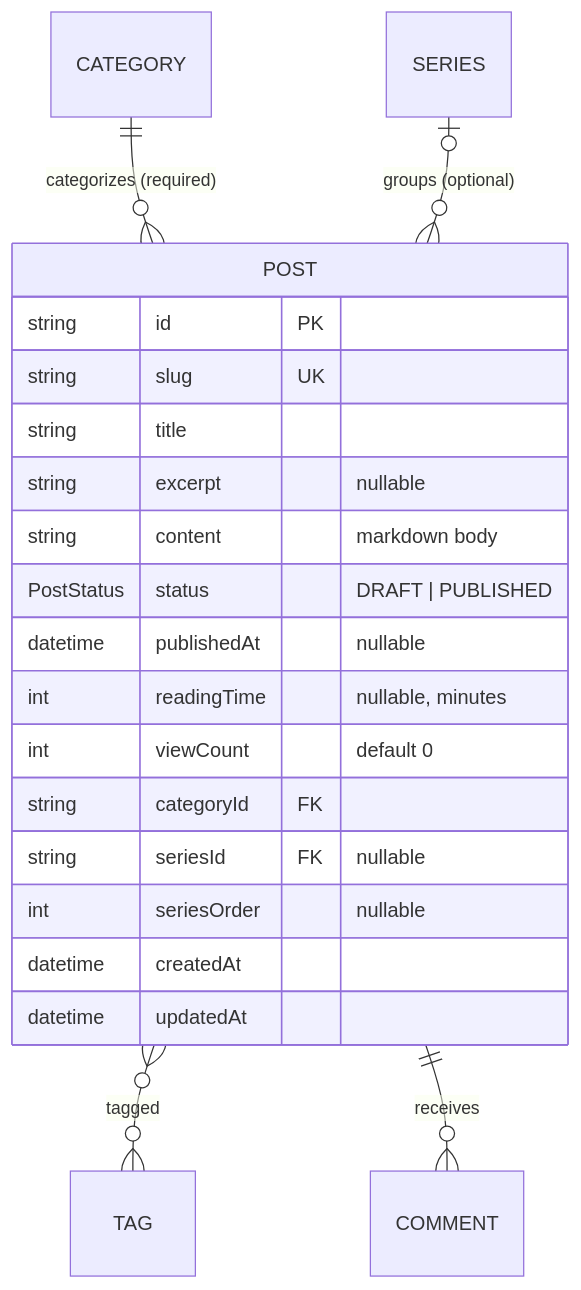
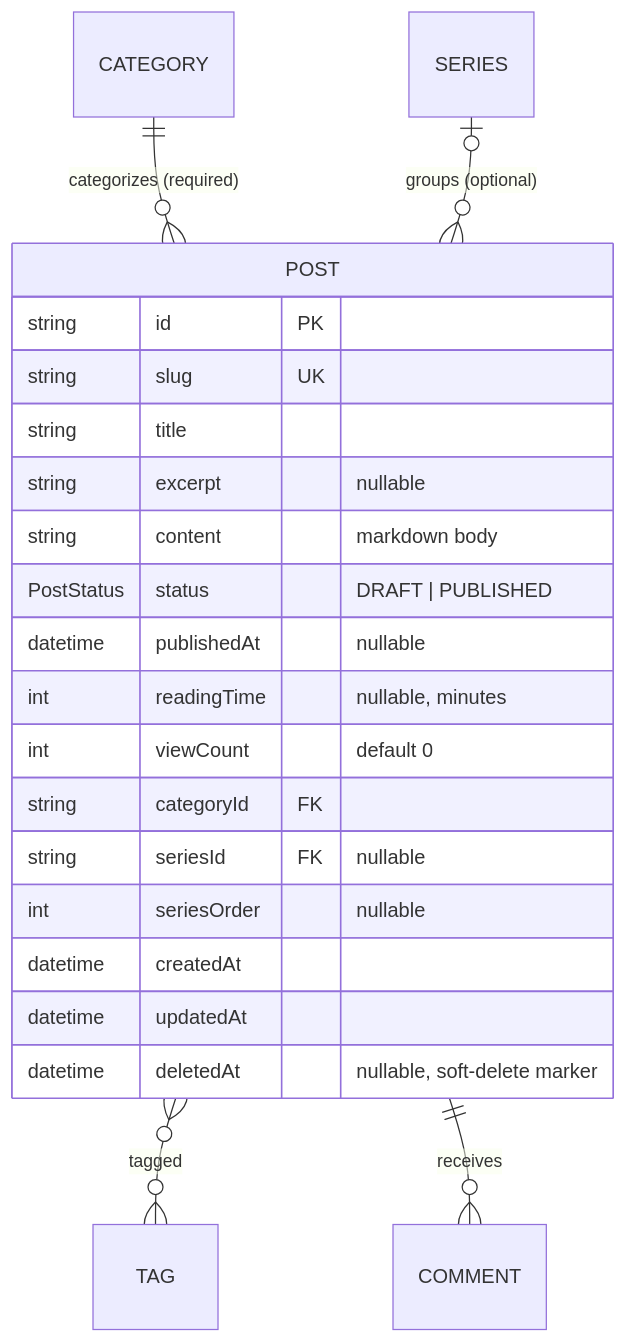
The diagram in design/domain/post.md (MASKUN2/inhology), drawn with Mermaid before and after one commit. The commit also changed other lines of this file and 12 other files, not shown here.

````diff
--- a/design/domain/post.md
+++ b/design/domain/post.md
@@ -6,24 +6,25 @@
 ```mermaid
 erDiagram
     CATEGORY ||--o{ POST : "categorizes (required)"
     SERIES   |o--o{ POST : "groups (optional)"
     POST     }o--o{ TAG : "tagged"
     POST     ||--o{ COMMENT : "receives"
 
     POST {
         string     id PK
         string     slug UK
         string     title
         string     excerpt "nullable"
         string     content "markdown body"
         PostStatus status "DRAFT | PUBLISHED"
         datetime   publishedAt "nullable"
         int        readingTime "nullable, minutes"
         int        viewCount "default 0"
         string     categoryId FK
         string     seriesId FK "nullable"
         int        seriesOrder "nullable"
         datetime   createdAt
         datetime   updatedAt
+        datetime   deletedAt "nullable, soft-delete marker"
     }
 ```
````
